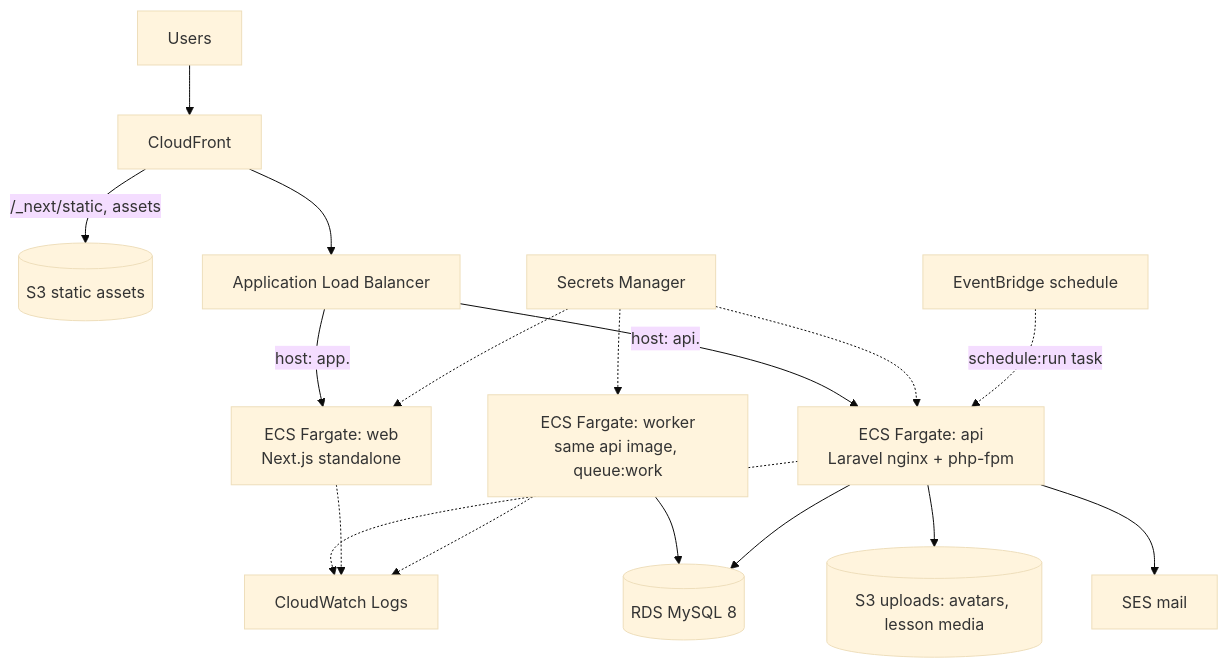
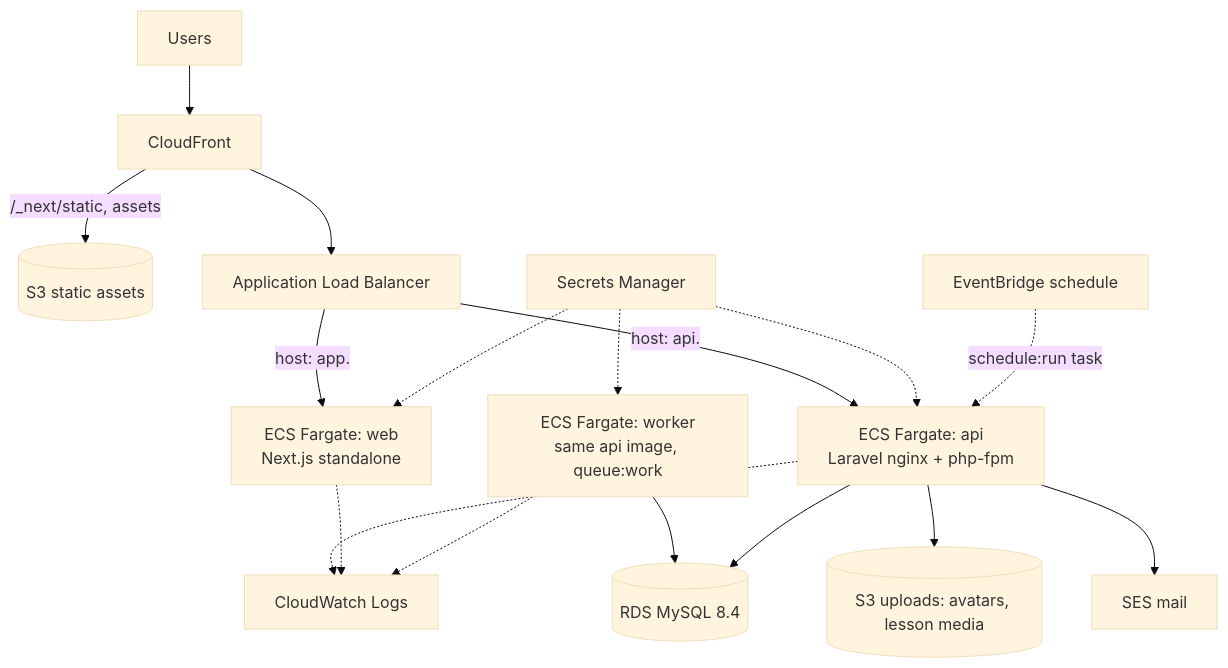
One commit to VoHieu906/Cyber-Compass changed the third of 3 diagrams in docs/ARCHITECTURE.md. Above: the diagram before and after it, drawn with Mermaid (base theme). The commit also changed other lines of this file and 2 other files, not shown here.

````diff
--- a/docs/ARCHITECTURE.md
+++ b/docs/ARCHITECTURE.md
@@ -183,15 +183,15 @@
 ```mermaid
 flowchart TB
   U[Users] --> CF[CloudFront]
   CF -->|"/_next/static, assets"| S3S[(S3 static assets)]
   CF --> ALB[Application Load Balancer]
   ALB -->|"host: app."| WEB[ECS Fargate: web<br/>Next.js standalone]
   ALB -->|"host: api."| API[ECS Fargate: api<br/>Laravel nginx + php-fpm]
   WRK[ECS Fargate: worker<br/>same api image, queue:work] --> RDS
-  API --> RDS[(RDS MySQL 8)]
+  API --> RDS[(RDS MySQL 8.4)]
   API --> S3U[(S3 uploads: avatars, lesson media)]
   API --> SES[SES mail]
   SM[Secrets Manager] -.-> API & WRK & WEB
   API & WEB & WRK -.-> CW[CloudWatch Logs]
   EB[EventBridge schedule] -.->|schedule:run task| API
 ```
````
